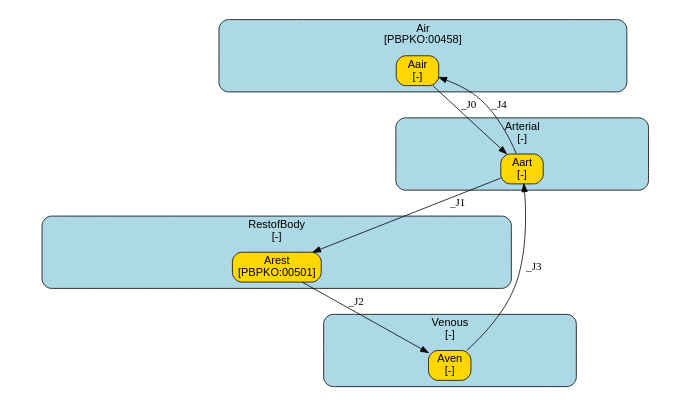
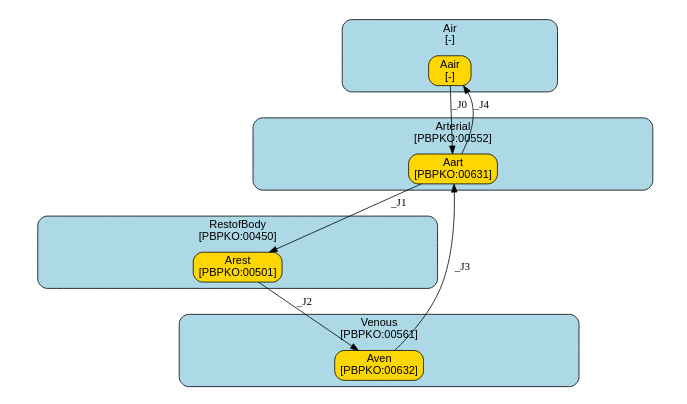
The diagram in models/inhalation/Generic/Structure_A_direct_blood/summary.dot (fair-pbk/exposure-route-pbk-models), drawn with Graphviz before and after one commit. The commit also changed 168 other files, not shown here.

```diff
--- a/models/inhalation/Generic/Structure_A_direct_blood/summary.dot
+++ b/models/inhalation/Generic/Structure_A_direct_blood/summary.dot
@@ -1,83 +1,83 @@
 digraph {
 	graph [ratio=fill,
 		size="7,4"
 	];
 	node [fontname=Arial];
 	subgraph cluster_Air {
 		graph [color=black,
 			fillcolor=lightblue,
 			fontname=Arial,
 			href="#compartment-Air",
 			label="Air
-[PBPKO:00458]",
+[-]",
 			shape=box,
 			style="filled,rounded"
 		];
 		Aair	[color=black,
 			fillcolor=gold,
 			href="#species-Aair",
 			label="Aair
 [-]",
 			shape=box,
 			style="filled,rounded"];
 	}
 	subgraph cluster_Arterial {
 		graph [color=black,
 			fillcolor=lightblue,
 			fontname=Arial,
 			href="#compartment-Arterial",
 			label="Arterial
-[-]",
+[PBPKO:00552]",
 			shape=box,
 			style="filled,rounded"
 		];
 		Aart	[color=black,
 			fillcolor=gold,
 			href="#species-Aart",
 			label="Aart
-[-]",
+[PBPKO:00631]",
 			shape=box,
 			style="filled,rounded"];
 	}
 	subgraph cluster_Venous {
 		graph [color=black,
 			fillcolor=lightblue,
 			fontname=Arial,
 			href="#compartment-Venous",
 			label="Venous
-[-]",
+[PBPKO:00561]",
 			shape=box,
 			style="filled,rounded"
 		];
 		Aven	[color=black,
 			fillcolor=gold,
 			href="#species-Aven",
 			label="Aven
-[-]",
+[PBPKO:00632]",
 			shape=box,
 			style="filled,rounded"];
 	}
 	subgraph cluster_RestofBody {
 		graph [color=black,
 			fillcolor=lightblue,
 			fontname=Arial,
 			href="#compartment-RestofBody",
 			label="RestofBody
-[-]",
+[PBPKO:00450]",
 			shape=box,
 			style="filled,rounded"
 		];
 		Arest	[color=black,
 			fillcolor=gold,
 			href="#species-Arest",
 			label="Arest
 [PBPKO:00501]",
 			shape=box,
 			style="filled,rounded"];
 	}
 	Aair -> Aart	[label=_J0];
 	Aart -> Aair	[label=_J4];
 	Aart -> Arest	[label=_J1];
 	Aven -> Aart	[label=_J3];
 	Arest -> Aven	[label=_J2];
 }
```
